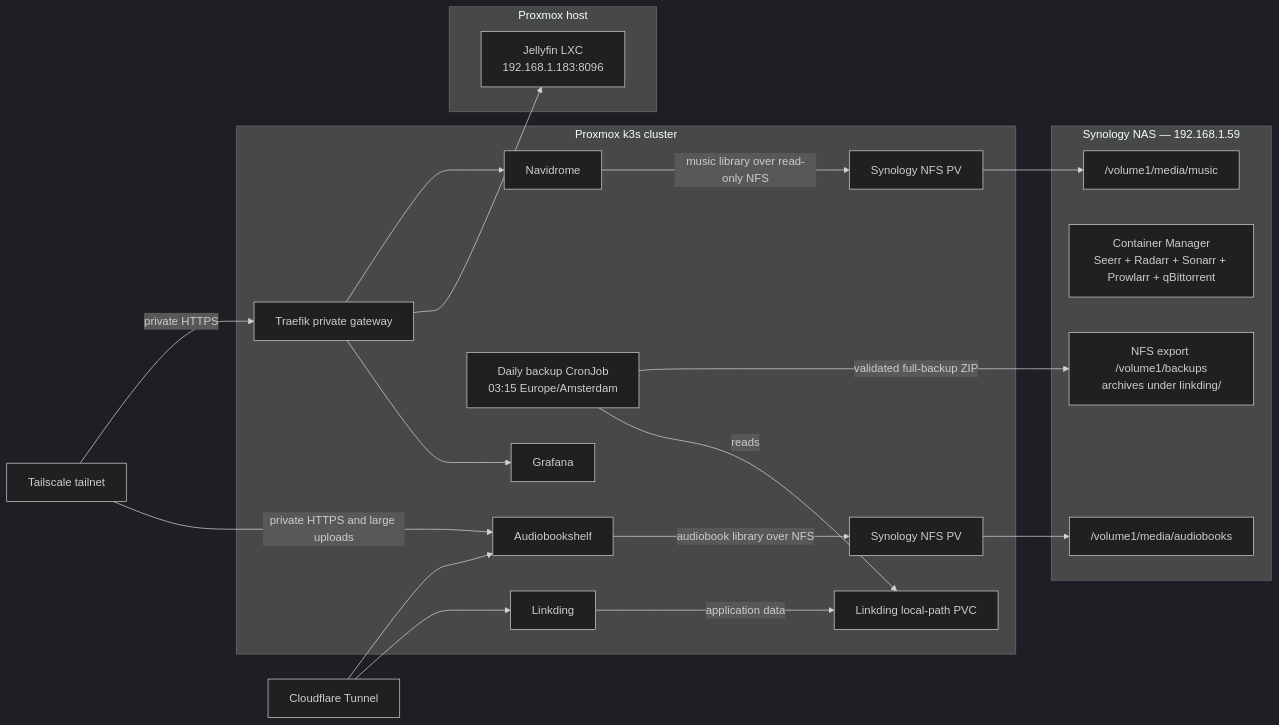
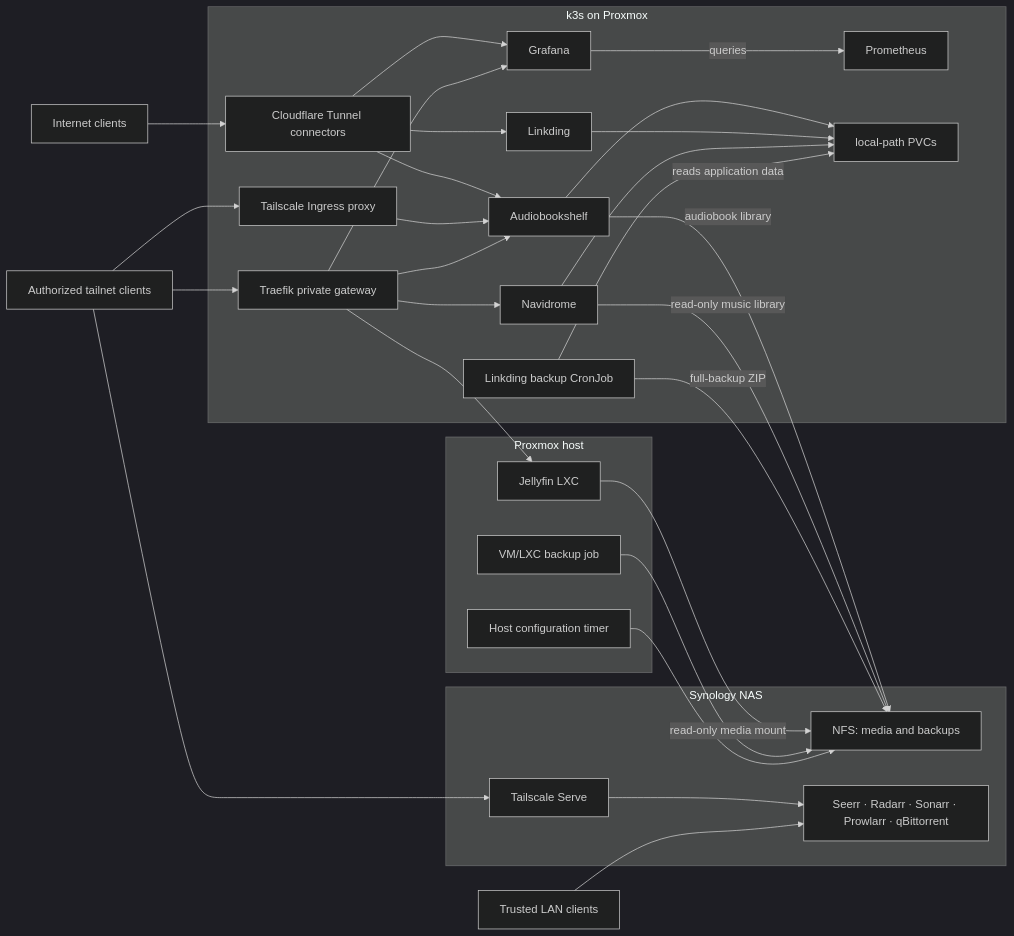
The second of 2 diagrams in README.md (vitaly-guzun/homelab), drawn with Mermaid (dark theme) before and after one commit. The commit also changed other lines of this file and 2 other files, not shown here.

````diff
--- a/README.md
+++ b/README.md
@@ -78,36 +81,56 @@
 ```mermaid
 flowchart LR
-    Cloudflare["Cloudflare Tunnel"]
-    Tailscale["Tailscale tailnet"]
+    Internet["Internet clients"]
+    Tailnet["Authorized tailnet clients"]
+    LAN["Trusted LAN clients"]
 
-    subgraph K3s["Proxmox k3s cluster"]
-        Linkding["Linkding"] -->|"application data"| LinkdingPVC["Linkding local-path PVC"]
-        Backup["Daily backup CronJob<br/>03:15 Europe/Amsterdam"] -->|"reads"| LinkdingPVC
-        Audiobookshelf["Audiobookshelf"] -->|"audiobook library over NFS"| AudiobooksNFS["Synology NFS PV"]
-        Navidrome["Navidrome"] -->|"music library over read-only NFS"| MusicNFS["Synology NFS PV"]
+    subgraph K3s["k3s on Proxmox"]
+        Cloudflared["Cloudflare Tunnel connectors"]
+        TSIngress["Tailscale Ingress proxy"]
+        Gateway["Traefik private gateway"]
+        Audiobookshelf["Audiobookshelf"]
+        Linkding["Linkding"]
+        Navidrome["Navidrome"]
         Grafana["Grafana"]
-        Traefik["Traefik private gateway"]
+        Prometheus["Prometheus"]
+        LocalPVC["local-path PVCs"]
+        LinkdingBackup["Linkding backup CronJob"]
     end
 
     subgraph Proxmox["Proxmox host"]
-        Jellyfin["Jellyfin LXC<br/>192.168.1.183:8096"]
+        Jellyfin["Jellyfin LXC"]
+        GuestBackup["VM/LXC backup job"]
+        ConfigBackup["Host configuration timer"]
     end
 
-    subgraph NAS["Synology NAS — 192.168.1.59"]
-        NFS["NFS export /volume1/backups<br/>archives under linkding/"]
-        Media["Container Manager<br/>Seerr + Radarr + Sonarr + Prowlarr + qBittorrent"]
-        Audiobooks["/volume1/media/audiobooks"]
-        Music["/volume1/media/music"]
+    subgraph NAS["Synology NAS"]
+        NFS["NFS: media and backups"]
+        Media["Seerr · Radarr · Sonarr · Prowlarr · qBittorrent"]
+        TSServe["Tailscale Serve"]
     end
 
-    Cloudflare --> Linkding
-    Cloudflare --> Audiobookshelf
-    Tailscale -->|"private HTTPS and large uploads"| Audiobookshelf
-    Tailscale -->|"private HTTPS"| Traefik
-    Traefik --> Grafana
-    Traefik --> Jellyfin
-    Traefik --> Navidrome
-    Backup -->|"validated full-backup ZIP"| NFS
-    AudiobooksNFS --> Audiobooks
-    MusicNFS --> Music
+    Internet --> Cloudflared
+    Cloudflared --> Audiobookshelf
+    Cloudflared --> Linkding
+    Cloudflared --> Grafana
+    Tailnet --> TSIngress
+    TSIngress --> Audiobookshelf
+    Tailnet --> Gateway
+    Gateway --> Audiobookshelf
+    Gateway --> Navidrome
+    Gateway --> Grafana
+    Gateway --> Jellyfin
+    Tailnet --> TSServe --> Media
+    LAN --> Media
+    Audiobookshelf --> LocalPVC
+    Linkding --> LocalPVC
+    Navidrome --> LocalPVC
+    Audiobookshelf -->|"audiobook library"| NFS
+    Navidrome -->|"read-only music library"| NFS
+    Grafana -->|"queries"| Prometheus
+    Jellyfin -->|"read-only media mount"| NFS
+    LinkdingBackup -->|"reads application data"| LocalPVC
+    LinkdingBackup -->|"full-backup ZIP"| NFS
+    GuestBackup --> NFS
+    ConfigBackup --> NFS
 ```
````
